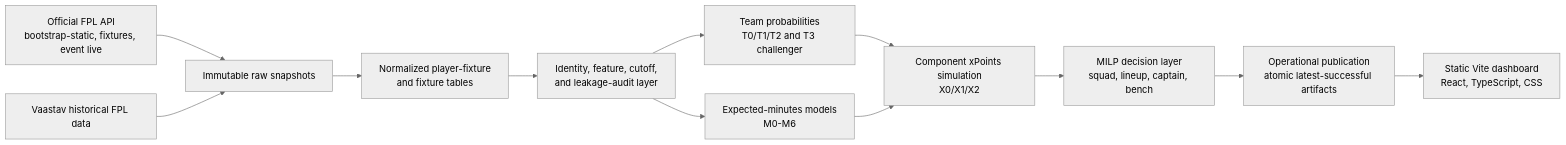
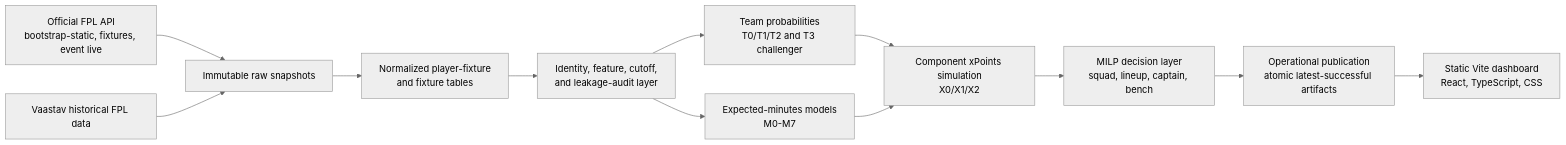
The diagram in README.md (daniel-mehta/fpl-forecast), drawn with Mermaid (neutral theme) before and after one commit. The commit also changed other lines of this file and 31 other files, not shown here.

````diff
--- a/README.md
+++ b/README.md
@@ -61,14 +63,14 @@
 ```mermaid
 flowchart LR
   A["Official FPL API<br/>bootstrap-static, fixtures, event live"] --> B["Immutable raw snapshots"]
   C["Vaastav historical FPL data"] --> B
   B --> D["Normalized player-fixture<br/>and fixture tables"]
   D --> E["Identity, feature, cutoff,<br/>and leakage-audit layer"]
   E --> F["Team probabilities<br/>T0/T1/T2 and T3 challenger"]
-  E --> G["Expected-minutes models<br/>M0-M6"]
+  E --> G["Expected-minutes models<br/>M0-M7"]
   F --> H["Component xPoints simulation<br/>X0/X1/X2"]
   G --> H
   H --> I["MILP decision layer<br/>squad, lineup, captain, bench"]
   I --> J["Operational publication<br/>atomic latest-successful artifacts"]
   J --> K["Static Vite dashboard<br/>React, TypeScript, CSS"]
 ```
````
